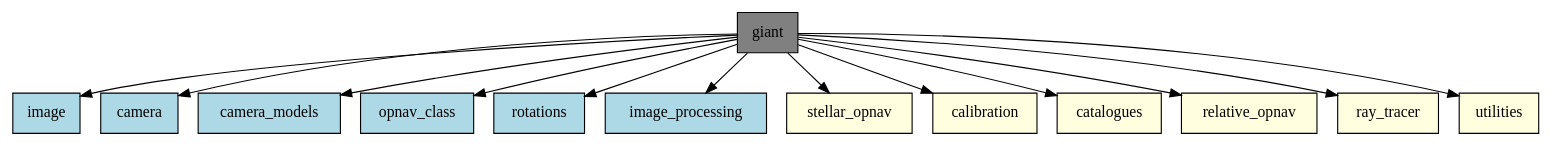
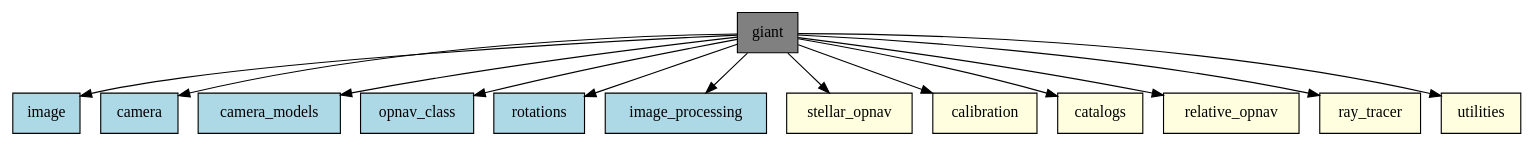
The diagram in documentation/sphinx/tutorial/organization.rst (nasa/giant), drawn with Graphviz before and after one commit. The commit also changed other lines of this file and 167 other files, not shown here.

```diff
--- a/documentation/sphinx/tutorial/organization.rst
+++ b/documentation/sphinx/tutorial/organization.rst
@@ -12,33 +12,33 @@
 .. graphviz::
 
     digraph giant {
 
         rankdir=UD;
 
         node [shape="box", style="filled", fillcolor="gray"];
 
         "giant" [href="../giant.html", target="_top"];
 
         node [fillcolor="lightblue", style="filled"];
 
         "image" [href="../giant.image.html", target="_top"];
         "camera" [href="../giant.camera.html", target="_top"];
         "camera_models" [href="../giant.camera_models.html", target="_top"];
         "opnav_class" [href="../giant.opnav_class.html", target="_top"];
         "rotations" [href="../giant.rotations.html", target="_top"];
         "image_processing" [href="../giant.image_processing.html", target="_top"];
 
         node [fillcolor="lightyellow", style="filled"];
 
         "stellar_opnav" [href="../giant.stellar_opnav.html", target="_top"];
         "calibration" [href="../giant.calibration.html", target="_top"];
-        "catalogues" [href="../giant.catalogues.html", target="_top"];
+        "catalogs" [href="../giant.catalogs.html", target="_top"];
         "relative_opnav" [href="../giant.relative_opnav.html", target="_top"];
         "ray_tracer" [href="../giant.ray_tracer.html", target="_top"];
         "utilities" [href="../giant.utilities.html", target="_top"];
 
 
         "giant" -> {"image", "camera", "camera_models", "opnav_class", "rotations", "image_processing", "utilities",
-                    "stellar_opnav", "calibration", "catalogues", "relative_opnav", "ray_tracer"};
+                    "stellar_opnav", "calibration", "catalogs", "relative_opnav", "ray_tracer"};
 
     }
```
